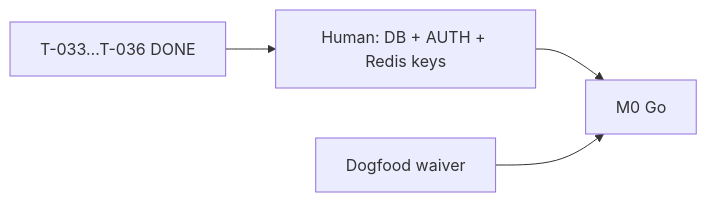
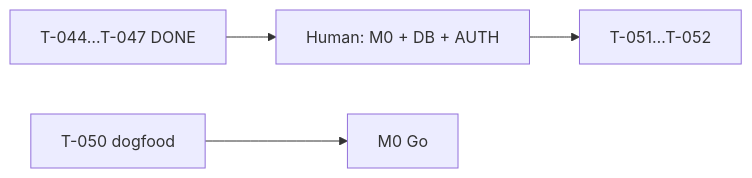
Before and after one commit to pagasbot-coder/Agent: the diagram in quiet-partner/docs/team-assignments.md, drawn with Mermaid. The commit also changed other lines of this file and 16 other files, not shown here.

````diff
--- a/quiet-partner/docs/team-assignments.md
+++ b/quiet-partner/docs/team-assignments.md
@@ -60,6 +82,6 @@
 ```mermaid
 flowchart LR
-  P5[T-033…T-036 DONE] --> H[Human: DB + AUTH + Redis keys]
-  H --> M0[M0 Go]
-  D[Dogfood waiver] --> M0
+  S3[T-044…T-047 DONE] --> H[Human: M0 + DB + AUTH]
+  H --> P5[T-051…T-052]
+  D[T-050 dogfood] --> M0[M0 Go]
 ```
````
